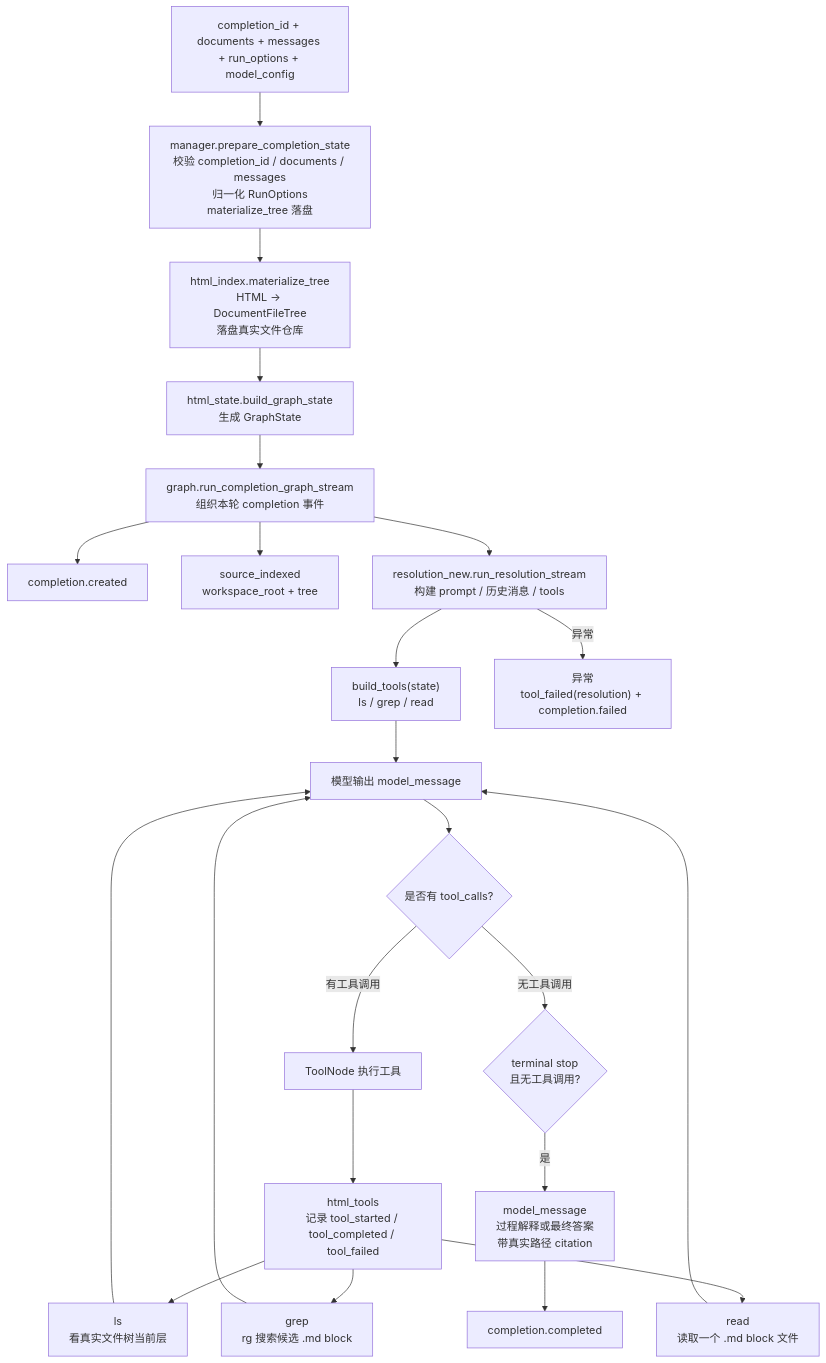
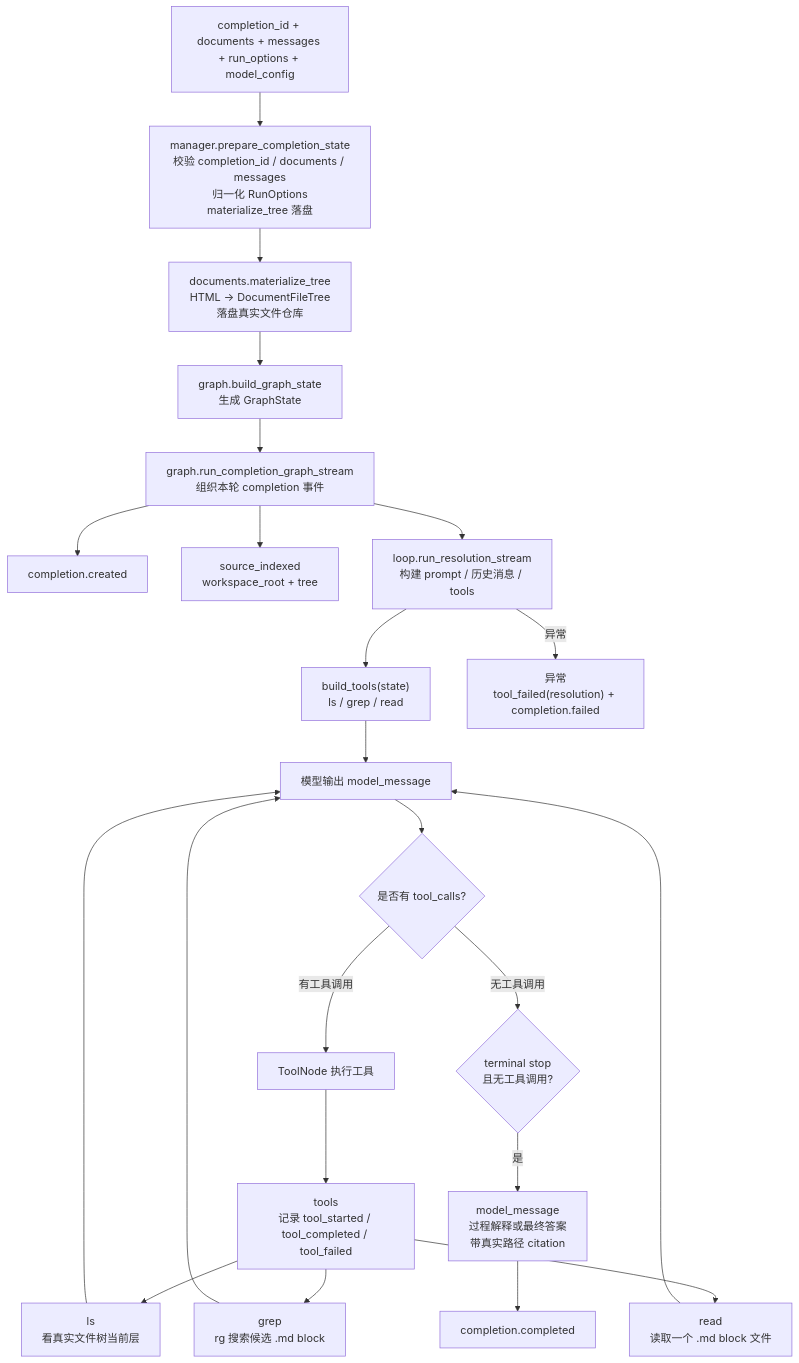
Before and after one commit to ADChahaha/TraceAgent: the diagram in agent/service/file_extraction_agent/docs/DESIGN.md, drawn with Mermaid. The commit also changed other lines of this file and 26 other files, not shown here.

````diff
--- a/agent/service/file_extraction_agent/docs/DESIGN.md
+++ b/agent/service/file_extraction_agent/docs/DESIGN.md
@@ -76,38 +76,38 @@
 ```mermaid
 flowchart TD
     A["completion_id + documents + messages + run_options + model_config"]
     B["manager.prepare_completion_state<br/>校验 completion_id / documents / messages<br/>归一化 RunOptions<br/>materialize_tree 落盘"]
-    C["html_index.materialize_tree<br/>HTML -> DocumentFileTree<br/>落盘真实文件仓库"]
-    D["html_state.build_graph_state<br/>生成 GraphState"]
+    C["documents.materialize_tree<br/>HTML -> DocumentFileTree<br/>落盘真实文件仓库"]
+    D["graph.build_graph_state<br/>生成 GraphState"]
     E["graph.run_completion_graph_stream<br/>组织本轮 completion 事件"]
     F["completion.created"]
     G["source_indexed<br/>workspace_root + tree"]
-    H["resolution_new.run_resolution_stream<br/>构建 prompt / 历史消息 / tools"]
+    H["loop.run_resolution_stream<br/>构建 prompt / 历史消息 / tools"]
     I["build_tools(state)<br/>ls / grep / read"]
     J["模型输出 model_message"]
     K{"是否有 tool_calls?"}
     L["ToolNode 执行工具"]
-    M["html_tools<br/>记录 tool_started / tool_completed / tool_failed"]
+    M["tools<br/>记录 tool_started / tool_completed / tool_failed"]
     N["ls<br/>看真实文件树当前层"]
     O["grep<br/>rg 搜索候选 .md block"]
     P["read<br/>读取一个 .md block 文件"]
     R["model_message<br/>过程解释或最终答案<br/>带真实路径 citation"]
     S{"terminal stop<br/>且无工具调用?"}
     T["completion.completed"]
     U["异常<br/>tool_failed(resolution) + completion.failed"]
 
     A --> B --> C --> D --> E
     E --> F
     E --> G
     E --> H --> I --> J --> K
     K -- "有工具调用" --> L --> M
     M --> N
     M --> O
     M --> P
     N --> J
     O --> J
     P --> J
     K -- "无工具调用" --> S
     S -- "是" --> R --> T
     H -- "异常" --> U
 ```
````
